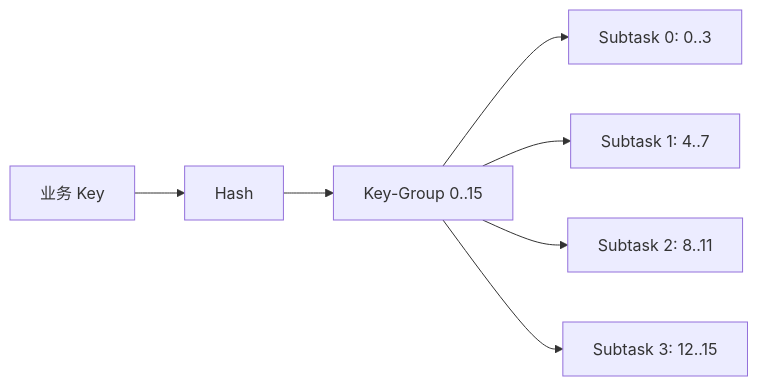
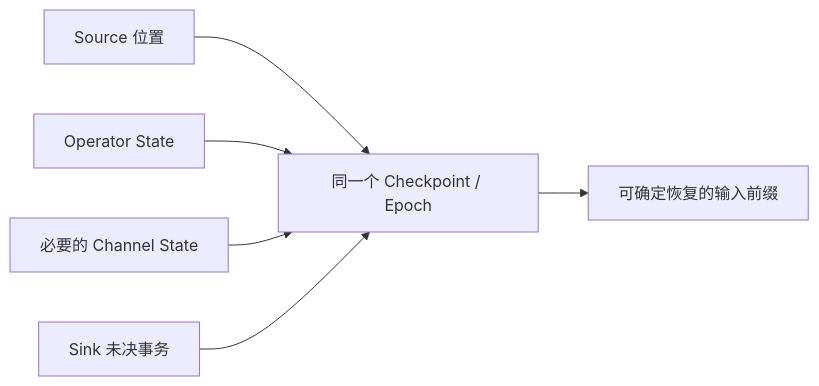
Before and after one commit to nzw921rx/nzw921rx-blog: the first of 5 diagrams in content/posts/flink-state-management-consistent-snapshots.md, drawn with Mermaid. The commit also changed other lines of this file, not shown here.

````diff
--- a/content/posts/flink-state-management-consistent-snapshots.md
+++ b/content/posts/flink-state-management-consistent-snapshots.md
@@ -170,9 +53,8 @@
 ```mermaid
 flowchart LR
-    A[业务 Key] --> B[Hash]
-    B --> C[Key-Group 0..15]
-    C --> D1[Subtask 0: 0..3]
-    C --> D2[Subtask 1: 4..7]
-    C --> D3[Subtask 2: 8..11]
-    C --> D4[Subtask 3: 12..15]
+    A[Source 位置] --> E[同一个 Checkpoint / Epoch]
+    B[Operator State] --> E
+    C[必要的 Channel State] --> E
+    D[Sink 未决事务] --> E
+    E --> F[可确定恢复的输入前缀]
 ```
````
